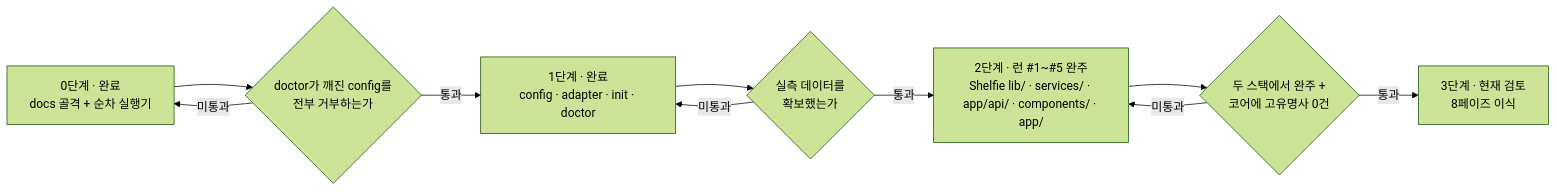
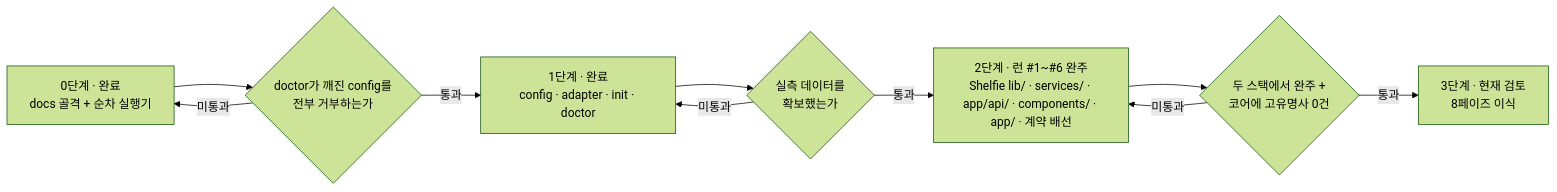
Before and after one commit to hyuham1335-stack/banana-island-ops: the first of 2 diagrams in docs/harness/ROADMAP.md, drawn with Mermaid (forest theme). The commit also changed other lines of this file and 3 other files, not shown here.

````diff
--- a/docs/harness/ROADMAP.md
+++ b/docs/harness/ROADMAP.md
@@ -52,18 +52,18 @@
 ```mermaid
 flowchart LR
     S0["0단계 · 완료<br/>docs 골격 + 순차 실행기"]
     S1["1단계 · 완료<br/>config · adapter · init · doctor"]
-    S2["2단계 · 런 #1~#5 완주<br/>Shelfie lib/ · services/ · app/api/ · components/ · app/"]
+    S2["2단계 · 런 #1~#6 완주<br/>Shelfie lib/ · services/ · app/api/ · components/ · app/ · 계약 배선"]
     S3["3단계 · 현재 검토<br/>8페이즈 이식"]
 
     S0 --> G1{"doctor가 깨진 config를<br/>전부 거부하는가"}
     G1 -->|통과| S1
     S1 --> G2{"실측 데이터를<br/>확보했는가"}
     G2 -->|통과| S2
     S2 --> G3{"두 스택에서 완주 +<br/>코어에 고유명사 0건"}
     G3 -->|통과| S3
 
     G1 -->|미통과| S0
     G2 -->|미통과| S1
     G3 -->|미통과| S2
 ```
````
